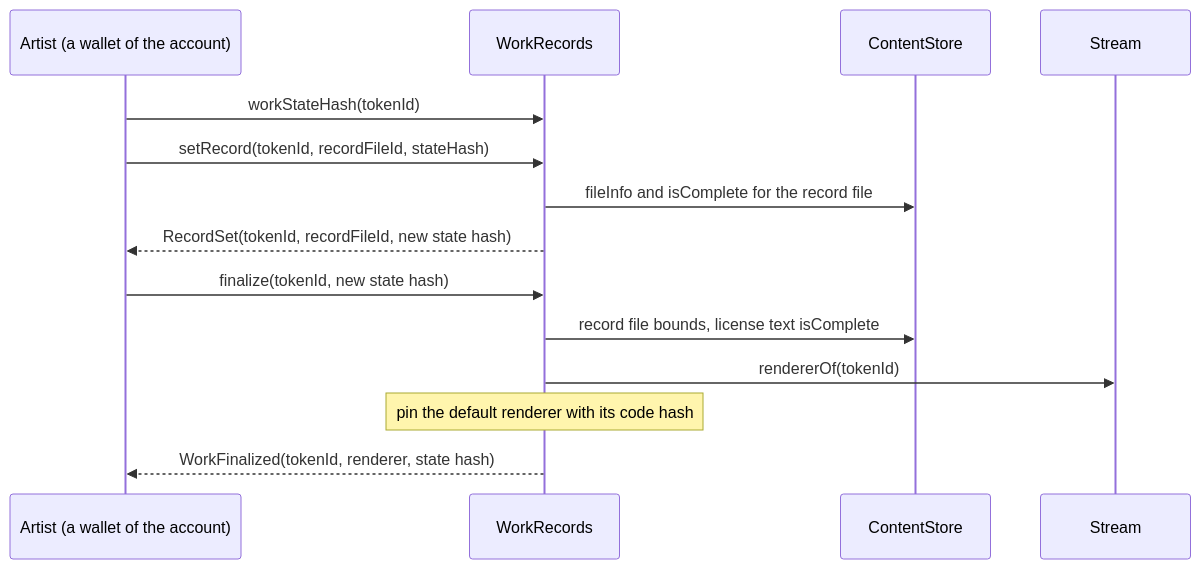
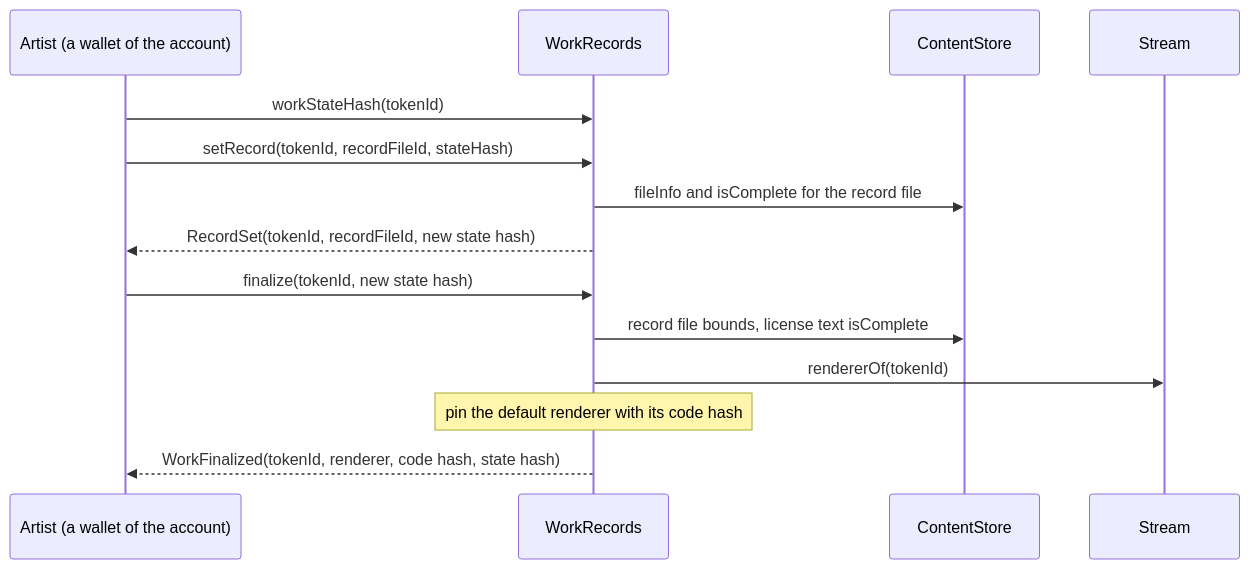
The sixth of 10 diagrams in docs/spec/works-and-storage.md (6529-Collections/6529-works), drawn with Mermaid before and after one commit. The commit also changed 5 other files, not shown here.

````diff
--- a/docs/spec/works-and-storage.md
+++ b/docs/spec/works-and-storage.md
@@ -327,16 +327,16 @@
 ```mermaid
 sequenceDiagram
     participant Ar as Artist (a wallet of the account)
     participant WR as WorkRecords
     participant CS as ContentStore
     participant S as Stream
     Ar->>WR: workStateHash(tokenId)
     Ar->>WR: setRecord(tokenId, recordFileId, stateHash)
     WR->>CS: fileInfo and isComplete for the record file
     WR-->>Ar: RecordSet(tokenId, recordFileId, new state hash)
     Ar->>WR: finalize(tokenId, new state hash)
     WR->>CS: record file bounds, license text isComplete
     WR->>S: rendererOf(tokenId)
     Note over WR: pin the default renderer with its code hash
-    WR-->>Ar: WorkFinalized(tokenId, renderer, state hash)
+    WR-->>Ar: WorkFinalized(tokenId, renderer, code hash, state hash)
 ```
````
